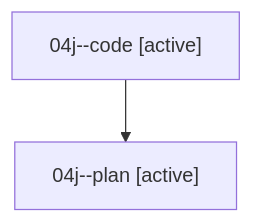
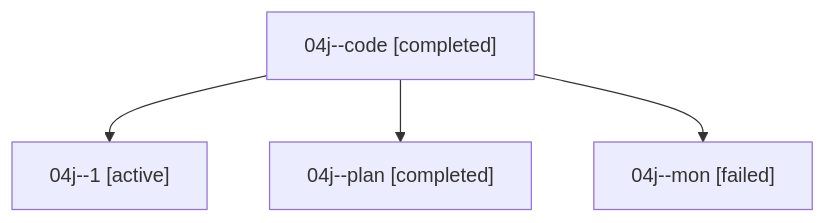
One commit to sase-org/sase--agents changed the diagram in families/bbugyi200.athena.04j.md. Above: the diagram before and after it, drawn with Mermaid. The commit also changed other lines of this file and 41 other files, not shown here.

````diff
--- a/families/bbugyi200.athena.04j.md
+++ b/families/bbugyi200.athena.04j.md
@@ -9,6 +9,10 @@
 ```mermaid
 flowchart TD
-  n0["04j--code [active]"]
-  n1["04j--plan [active]"]
+  n0["04j--code [completed]"]
+  n1["04j--1 [active]"]
   n0 --> n1
+  n2["04j--plan [completed]"]
+  n0 --> n2
+  n3["04j--mon [failed]"]
+  n0 --> n3
 ```
````
